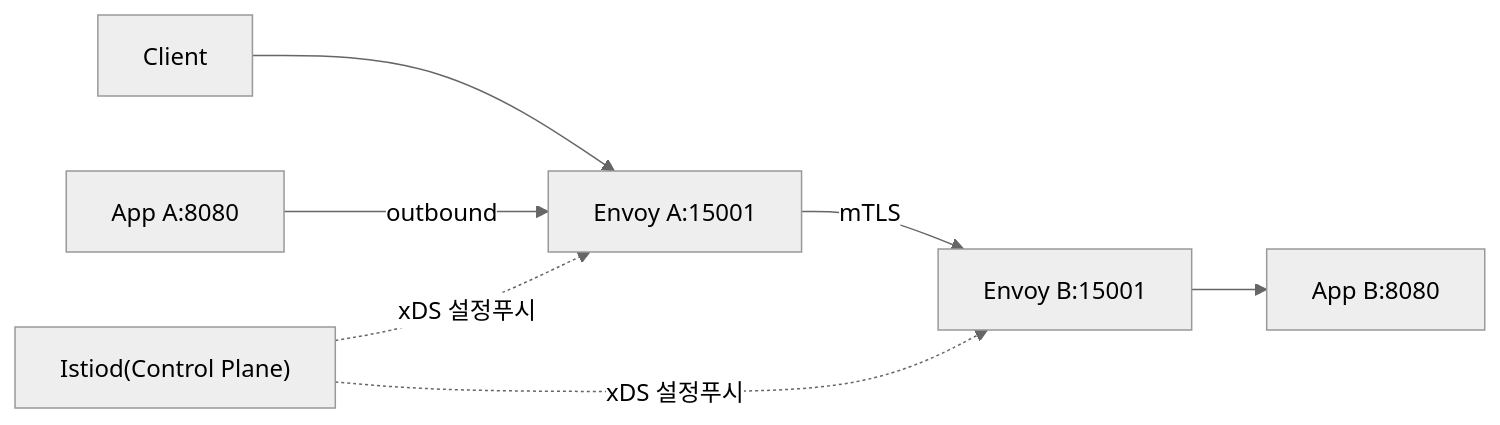
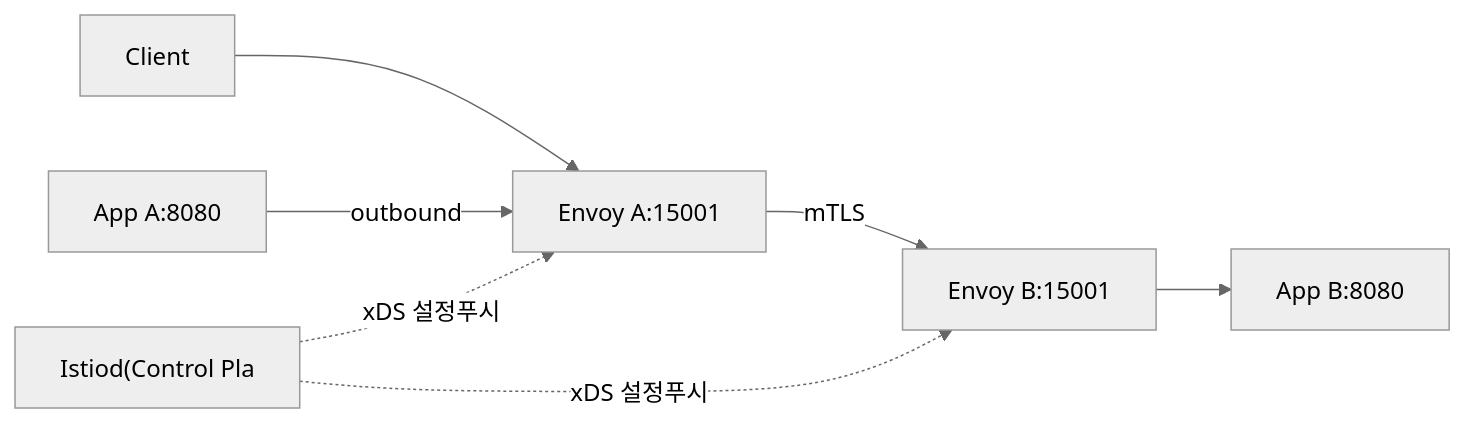
Before and after one commit to yjkim2015/yjkim2015.github.io: the third of 8 diagrams in _posts/architecture/2026-05-02-sidecar-pattern.md, drawn with Mermaid (neutral theme). The commit also changed other lines of this file and 271 other files, not shown here.

First line of the commit message:
Mermaid 라벨 축소: 긴 노드 텍스트 18자 이하로 트림 + \n 제거

````diff
--- a/_posts/architecture/2026-05-02-sidecar-pattern.md
+++ b/_posts/architecture/2026-05-02-sidecar-pattern.md
@@ -96,9 +96,9 @@
 ```mermaid
 graph LR
     Client --> EnvoyA["Envoy A:15001"]
     EnvoyA -- mTLS --> EnvoyB["Envoy B:15001"]
     EnvoyB --> AppB["App B:8080"]
     AppA["App A:8080"] -- outbound --> EnvoyA
-    CP["Istiod(Control Plane)"] -. xDS 설정푸시 .-> EnvoyA
+    CP["Istiod(Control Pla"] -. xDS 설정푸시 .-> EnvoyA
     CP -. xDS 설정푸시 .-> EnvoyB
 ```
````
